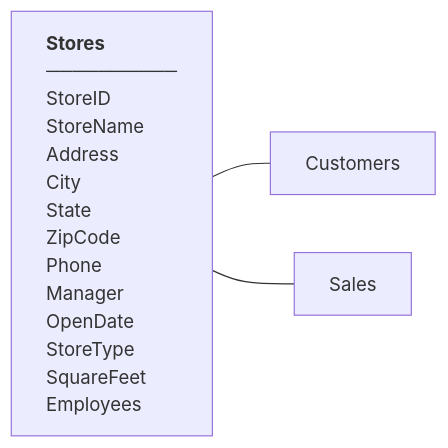
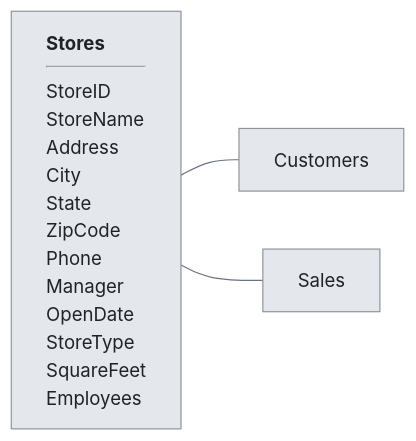
Before and after one commit to sirpadk/bi-joe-data-profiler: the diagram in examples/shoe_company/data-stories/stores.md, drawn with Mermaid. The commit also changed other lines of this file and 112 other files, not shown here.

````diff
--- a/examples/shoe_company/data-stories/stores.md
+++ b/examples/shoe_company/data-stories/stores.md
@@ -57,8 +59,9 @@
 ```mermaid
+%%{init: {"theme": "base", "themeVariables": {"primaryColor": "#e4e7eb", "primaryTextColor": "#1f2328", "primaryBorderColor": "#8b929a", "lineColor": "#6b7280", "secondaryColor": "#ffffff", "tertiaryColor": "#f4f5f7", "background": "#f4f5f7", "mainBkg": "#e4e7eb", "nodeBorder": "#8b929a"}}}%%
 flowchart LR
-    t_Stores["<div style='text-align:left'><b>Stores</b><br/>──────────<br/>StoreID<br/>StoreName<br/>Address<br/>City<br/>State<br/>ZipCode<br/>Phone<br/>Manager<br/>OpenDate<br/>StoreType<br/>SquareFeet<br/>Employees</div>"]
+    t_Stores["<div style='text-align:left'><b>Stores</b><hr/>StoreID<br/>StoreName<br/>Address<br/>City<br/>State<br/>ZipCode<br/>Phone<br/>Manager<br/>OpenDate<br/>StoreType<br/>SquareFeet<br/>Employees</div>"]
     t_Customers["Customers"]
     t_Stores --- t_Customers
     t_Sales["Sales"]
     t_Stores --- t_Sales
 ```
````
